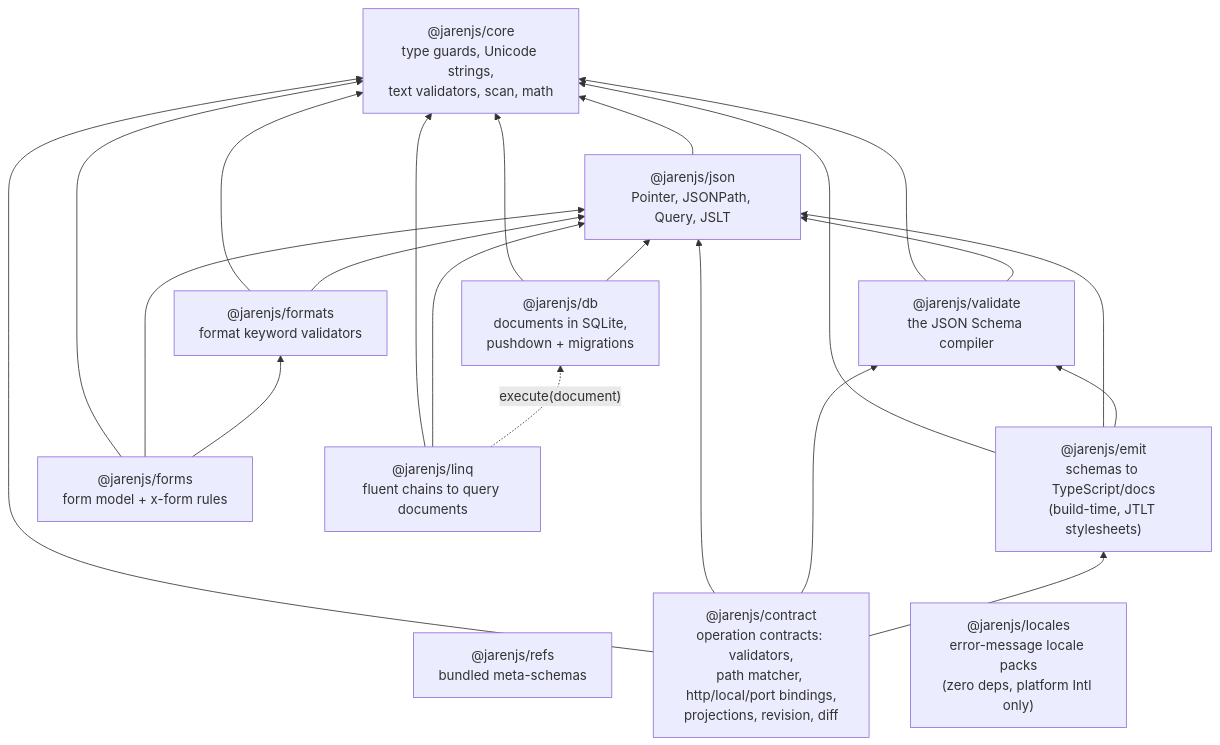
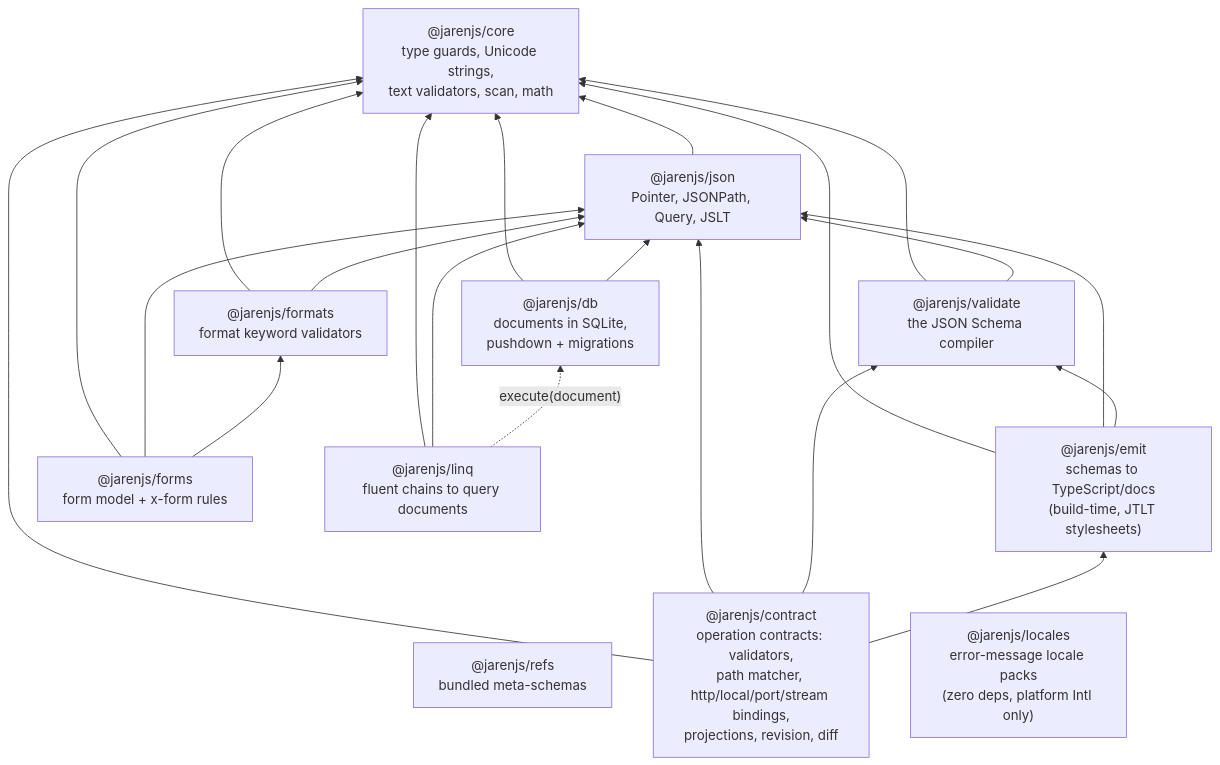
The first of 2 diagrams in docs/ARCHITECTURE.md (jklarenbeek/jarenjs), drawn with Mermaid before and after one commit. The commit also changed other lines of this file and 82 other files, not shown here.

Commit message:
Added the subscribe kind and the stream binding to @jarenjs/contract and re-homed the website live query on it

````diff
--- a/docs/ARCHITECTURE.md
+++ b/docs/ARCHITECTURE.md
@@ -40,35 +40,35 @@
 ```mermaid
 flowchart BT
     CORE["@jarenjs/core<br/>type guards, Unicode strings,<br/>text validators, scan, math"]
     JSON["@jarenjs/json<br/>Pointer, JSONPath, Query, JSLT"]
     VALIDATE["@jarenjs/validate<br/>the JSON Schema compiler"]
     FORMATS["@jarenjs/formats<br/>format keyword validators"]
     REFS["@jarenjs/refs<br/>bundled meta-schemas"]
     EMIT["@jarenjs/emit<br/>schemas to TypeScript/docs<br/>(build-time, JTLT stylesheets)"]
-    CONTRACT["@jarenjs/contract<br/>operation contracts: validators,<br/>path matcher, http/local/port bindings,<br/>projections, revision, diff"]
+    CONTRACT["@jarenjs/contract<br/>operation contracts: validators,<br/>path matcher, http/local/port/stream bindings,<br/>projections, revision, diff"]
     FORMS["@jarenjs/forms<br/>form model + x-form rules"]
     LOCALES["@jarenjs/locales<br/>error-message locale packs<br/>(zero deps, platform Intl only)"]
     LINQ["@jarenjs/linq<br/>fluent chains to query documents"]
     DB["@jarenjs/db<br/>documents in SQLite,<br/>pushdown + migrations"]
 
     JSON --> CORE
     VALIDATE --> CORE
     VALIDATE --> JSON
     FORMATS --> CORE
     FORMATS --> JSON
     EMIT --> CORE
     EMIT --> JSON
     EMIT --> VALIDATE
     CONTRACT --> CORE
     CONTRACT --> JSON
     CONTRACT --> VALIDATE
     CONTRACT --> EMIT
     FORMS --> CORE
     FORMS --> JSON
     FORMS --> FORMATS
     LINQ --> CORE
     LINQ --> JSON
     DB --> CORE
     DB --> JSON
     LINQ -. "execute(document)" .-> DB
 ```
````
